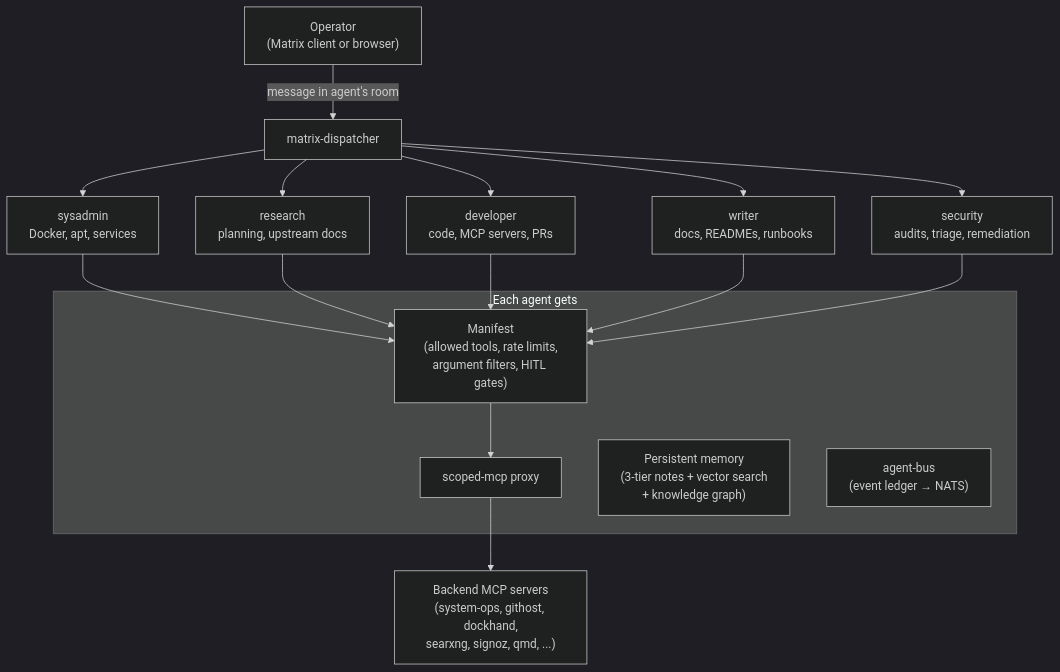
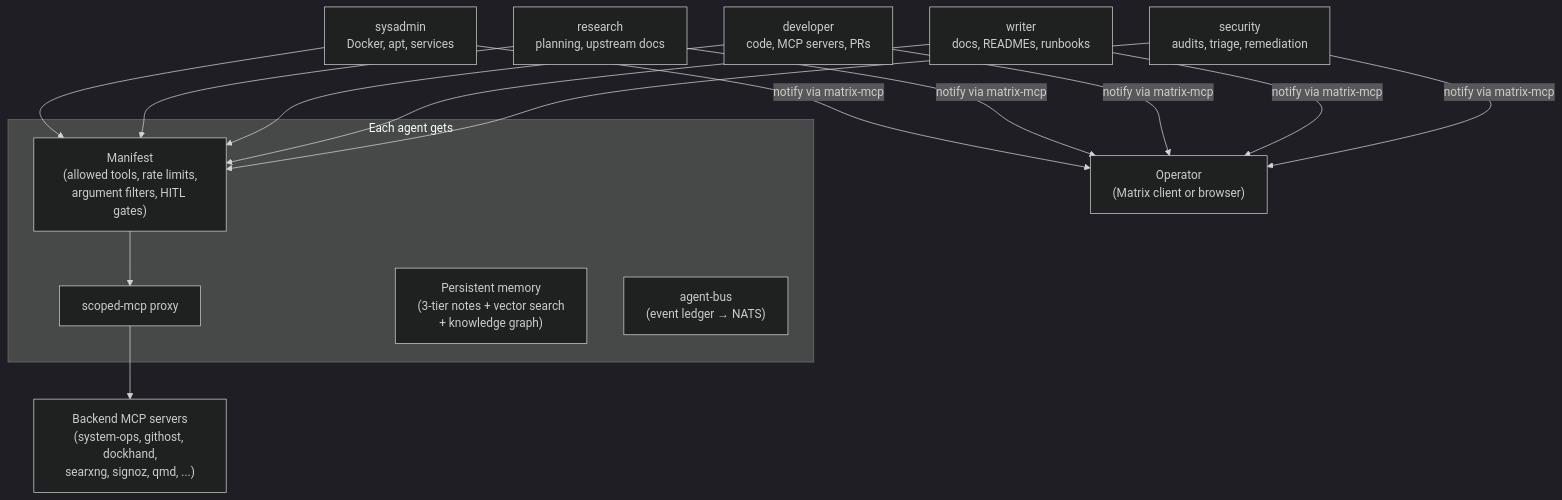
The diagram in README.md (TadMSTR/homelab-agent), drawn with Mermaid (dark theme) before and after one commit. The commit also changed other lines of this file and 15 other files, not shown here.

First line of the commit message:
docs(matrix): retire matrix-dispatcher, matrix-task-queue-bot and matrix-admin-bot

````diff
--- a/README.md
+++ b/README.md
@@ -84,22 +84,22 @@
 ```mermaid
 flowchart TB
     operator["Operator\n(Matrix client or browser)"]
 
-    operator -- "message in agent's room" --> dispatcher["matrix-dispatcher"]
-    dispatcher --> sysadmin["sysadmin\nDocker, apt, services"]
-    dispatcher --> research["research\nplanning, upstream docs"]
-    dispatcher --> developer["developer\ncode, MCP servers, PRs"]
-    dispatcher --> writer["writer\ndocs, READMEs, runbooks"]
-    dispatcher --> security["security\naudits, triage, remediation"]
+    sysadmin["sysadmin\nDocker, apt, services"]
+    research["research\nplanning, upstream docs"]
+    developer["developer\ncode, MCP servers, PRs"]
+    writer["writer\ndocs, READMEs, runbooks"]
+    security["security\naudits, triage, remediation"]
+    sysadmin & research & developer & writer & security -- "notify via matrix-mcp" --> operator
 
     subgraph "Each agent gets"
         manifest["Manifest\n(allowed tools, rate limits,\nargument filters, HITL gates)"]
         scoped["scoped-mcp proxy"]
         memory["Persistent memory\n(3-tier notes + vector search\n+ knowledge graph)"]
         bus["agent-bus\n(event ledger → NATS)"]
     end
 
     sysadmin & research & developer & writer & security --> manifest
     manifest --> scoped
     scoped --> backends["Backend MCP servers\n(system-ops, githost, dockhand,\nsearxng, signoz, qmd, ...)"]
 ```
````
